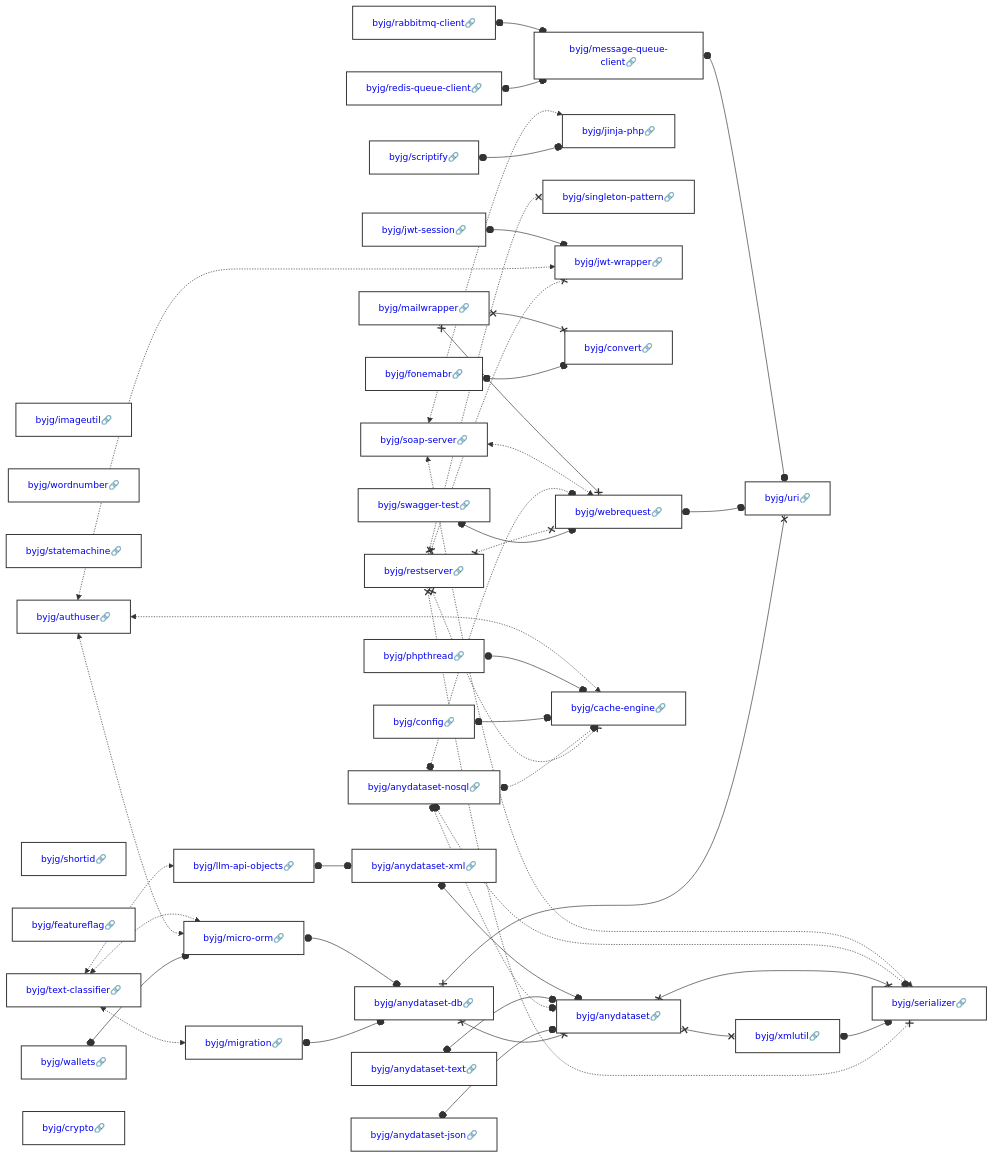
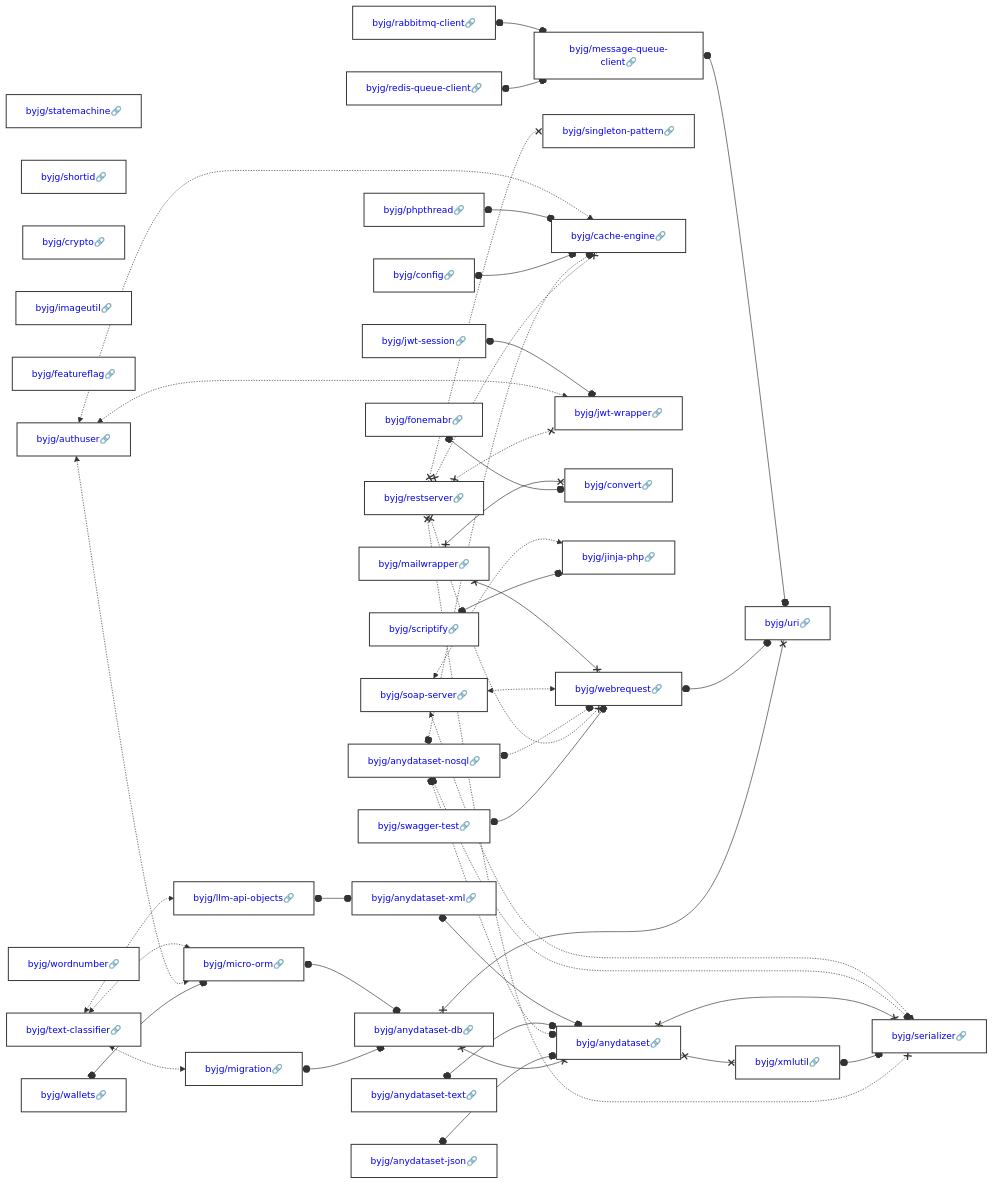
Before and after one commit to byjg/byjg.github.io: the diagram in docs/php/README.md, drawn with Mermaid. The commit also changed other lines of this file and 20 other files, not shown here.

````diff
--- a/docs/php/README.md
+++ b/docs/php/README.md
@@ -3,35 +3,35 @@
 ```mermaid
 graph LR;
+  byjg/config[<a href='https://opensource.byjg.com/docs/php/config' style='text-decoration:none'>byjg/config🔗</a>];
+  byjg/statemachine[<a href='https://opensource.byjg.com/docs/php/statemachine' style='text-decoration:none'>byjg/statemachine🔗</a>];
+  byjg/shortid[<a href='https://opensource.byjg.com/docs/php/shortid' style='text-decoration:none'>byjg/shortid🔗</a>];
+  byjg/crypto[<a href='https://opensource.byjg.com/docs/php/crypto' style='text-decoration:none'>byjg/crypto🔗</a>];
   byjg/imageutil[<a href='https://opensource.byjg.com/docs/php/imageutil' style='text-decoration:none'>byjg/imageutil🔗</a>];
+  byjg/featureflag[<a href='https://opensource.byjg.com/docs/php/featureflag' style='text-decoration:none'>byjg/featureflag🔗</a>];
+  byjg/wallets[<a href='https://opensource.byjg.com/docs/php/wallets' style='text-decoration:none'>byjg/wallets🔗</a>];
+  byjg/scriptify[<a href='https://opensource.byjg.com/docs/php/scriptify' style='text-decoration:none'>byjg/scriptify🔗</a>];
   byjg/redis-queue-client[<a href='https://opensource.byjg.com/docs/php/redis-queue-client' style='text-decoration:none'>byjg/redis-queue-client🔗</a>];
-  byjg/jwt-session[<a href='https://opensource.byjg.com/docs/php/jwt-session' style='text-decoration:none'>byjg/jwt-session🔗</a>];
-  byjg/scriptify[<a href='https://opensource.byjg.com/docs/php/scriptify' style='text-decoration:none'>byjg/scriptify🔗</a>];
+  byjg/mailwrapper[<a href='https://opensource.byjg.com/docs/php/mailwrapper' style='text-decoration:none'>byjg/mailwrapper🔗</a>];
   byjg/wordnumber[<a href='https://opensource.byjg.com/docs/php/wordnumber' style='text-decoration:none'>byjg/wordnumber🔗</a>];
   byjg/rabbitmq-client[<a href='https://opensource.byjg.com/docs/php/rabbitmq-client' style='text-decoration:none'>byjg/rabbitmq-client🔗</a>];
+  byjg/anydataset-nosql[<a href='https://opensource.byjg.com/docs/php/anydataset-nosql' style='text-decoration:none'>byjg/anydataset-nosql🔗</a>];
+  byjg/anydataset-text[<a href='https://opensource.byjg.com/docs/php/anydataset-text' style='text-decoration:none'>byjg/anydataset-text🔗</a>];
   byjg/phpthread[<a href='https://opensource.byjg.com/docs/php/phpthread' style='text-decoration:none'>byjg/phpthread🔗</a>];
-  byjg/statemachine[<a href='https://opensource.byjg.com/docs/php/statemachine' style='text-decoration:none'>byjg/statemachine🔗</a>];
+  byjg/swagger-test[<a href='https://opensource.byjg.com/docs/php/swagger-test' style='text-decoration:none'>byjg/swagger-test🔗</a>];
+  byjg/restserver[<a href='https://opensource.byjg.com/docs/php/restserver' style='text-decoration:none'>byjg/restserver🔗</a>];
+  byjg/authuser[<a href='https://opensource.byjg.com/docs/php/authuser' style='text-decoration:none'>byjg/authuser🔗</a>];
+  byjg/jwt-session[<a href='https://opensource.byjg.com/docs/php/jwt-session' style='text-decoration:none'>byjg/jwt-session🔗</a>];
+  byjg/fonemabr[<a href='https://opensource.byjg.com/docs/php/fonemabr' style='text-decoration:none'>byjg/fonemabr🔗</a>];
+  byjg/soap-server[<a href='https://opensource.byjg.com/docs/php/soap-server' style='text-decoration:none'>byjg/soap-server🔗</a>];
+  byjg/text-classifier[<a href='https://opensource.byjg.com/docs/php/text-classifier' style='text-decoration:none'>byjg/text-classifier🔗</a>];
   byjg/anydataset-json[<a href='https://opensource.byjg.com/docs/php/anydataset-json' style='text-decoration:none'>byjg/anydataset-json🔗</a>];
-  byjg/authuser[<a href='https://opensource.byjg.com/docs/php/authuser' style='text-decoration:none'>byjg/authuser🔗</a>];
-  byjg/shortid[<a href='https://opensource.byjg.com/docs/php/shortid' style='text-decoration:none'>byjg/shortid🔗</a>];
-  byjg/anydataset-text[<a href='https://opensource.byjg.com/docs/php/anydataset-text' style='text-decoration:none'>byjg/anydataset-text🔗</a>];
-  byjg/featureflag[<a href='https://opensource.byjg.com/docs/php/featureflag' style='text-decoration:none'>byjg/featureflag🔗</a>];
-  byjg/swagger-test[<a href='https://opensource.byjg.com/docs/php/swagger-test' style='text-decoration:none'>byjg/swagger-test🔗</a>];
-  byjg/soap-server[<a href='https://opensource.byjg.com/docs/php/soap-server' style='text-decoration:none'>byjg/soap-server🔗</a>];
-  byjg/wallets[<a href='https://opensource.byjg.com/docs/php/wallets' style='text-decoration:none'>byjg/wallets🔗</a>];
-  byjg/restserver[<a href='https://opensource.byjg.com/docs/php/restserver' style='text-decoration:none'>byjg/restserver🔗</a>];
-  byjg/fonemabr[<a href='https://opensource.byjg.com/docs/php/fonemabr' style='text-decoration:none'>byjg/fonemabr🔗</a>];
-  byjg/anydataset-nosql[<a href='https://opensource.byjg.com/docs/php/anydataset-nosql' style='text-decoration:none'>byjg/anydataset-nosql🔗</a>];
-  byjg/mailwrapper[<a href='https://opensource.byjg.com/docs/php/mailwrapper' style='text-decoration:none'>byjg/mailwrapper🔗</a>];
-  byjg/config[<a href='https://opensource.byjg.com/docs/php/config' style='text-decoration:none'>byjg/config🔗</a>];
-  byjg/text-classifier[<a href='https://opensource.byjg.com/docs/php/text-classifier' style='text-decoration:none'>byjg/text-classifier🔗</a>];
-  byjg/crypto[<a href='https://opensource.byjg.com/docs/php/crypto' style='text-decoration:none'>byjg/crypto🔗</a>];
   byjg/message-queue-client[<a href='https://opensource.byjg.com/docs/php/message-queue-client' style='text-decoration:none'>byjg/message-queue-client🔗</a>];
-  byjg/jinja-php[<a href='https://opensource.byjg.com/docs/php/jinja-php' style='text-decoration:none'>byjg/jinja-php🔗</a>];
   byjg/singleton-pattern[<a href='https://opensource.byjg.com/docs/php/singleton-pattern' style='text-decoration:none'>byjg/singleton-pattern🔗</a>];
+  byjg/cache-engine[<a href='https://opensource.byjg.com/docs/php/cache-engine' style='text-decoration:none'>byjg/cache-engine🔗</a>];
   byjg/jwt-wrapper[<a href='https://opensource.byjg.com/docs/php/jwt-wrapper' style='text-decoration:none'>byjg/jwt-wrapper🔗</a>];
   byjg/convert[<a href='https://opensource.byjg.com/docs/php/convert' style='text-decoration:none'>byjg/convert🔗</a>];
+  byjg/jinja-php[<a href='https://opensource.byjg.com/docs/php/jinja-php' style='text-decoration:none'>byjg/jinja-php🔗</a>];
   byjg/webrequest[<a href='https://opensource.byjg.com/docs/php/webrequest' style='text-decoration:none'>byjg/webrequest🔗</a>];
-  byjg/cache-engine[<a href='https://opensource.byjg.com/docs/php/cache-engine' style='text-decoration:none'>byjg/cache-engine🔗</a>];
   byjg/micro-orm[<a href='https://opensource.byjg.com/docs/php/micro-orm' style='text-decoration:none'>byjg/micro-orm🔗</a>];
   byjg/migration[<a href='https://opensource.byjg.com/docs/php/migration' style='text-decoration:none'>byjg/migration🔗</a>];
   byjg/llm-api-objects[<a href='https://opensource.byjg.com/docs/php/llm-api-objects' style='text-decoration:none'>byjg/llm-api-objects🔗</a>];
````
